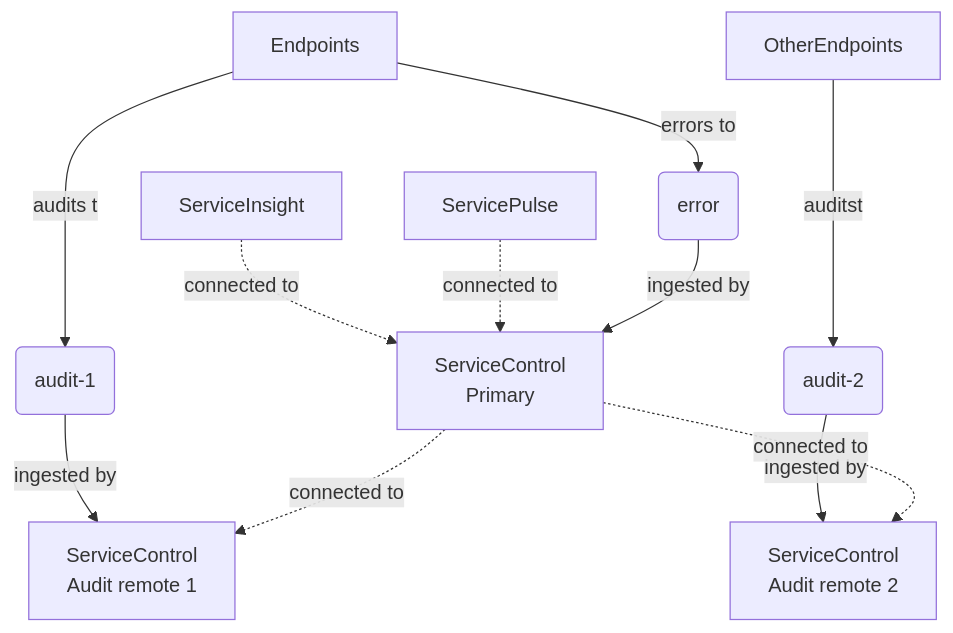
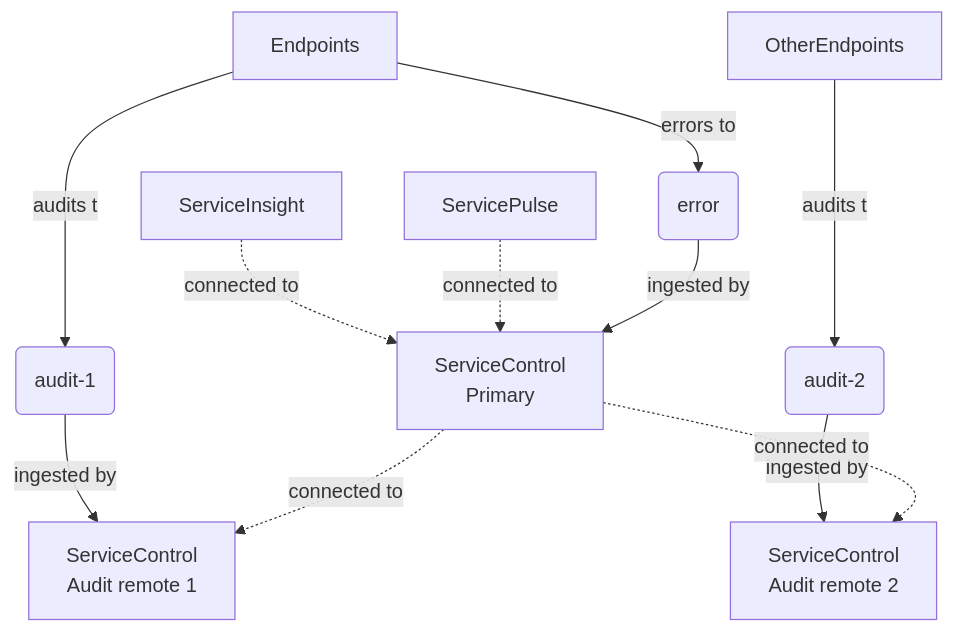
One commit to Particular/docs.particular.net changed the third of 3 diagrams in servicecontrol/servicecontrol-instances/remotes.md. Above: the diagram before and after it, drawn with Mermaid. The commit also changed other lines of this file, not shown here.

````diff
--- a/servicecontrol/servicecontrol-instances/remotes.md
+++ b/servicecontrol/servicecontrol-instances/remotes.md
@@ -62,16 +58,16 @@
 ```mermaid
 graph TD
 SI[ServiceInsight] -. connected to .->Primary
 SP[ServicePulse] -. connected to .-> Primary
 Endpoints -- audits to--> AuditsMain(audit-1)
-OtherEndpoints -- auditsto--> AuditsSecondary(audit-2)
+OtherEndpoints -- audits to--> AuditsSecondary(audit-2)
 Endpoints -- errors to --> Errors(error)
 Primary[ServiceControl<br/>Primary]
 Secondary1[ServiceControl<br/>Audit remote 1]
 Secondary2[ServiceControl<br/>Audit remote 2]
 AuditsMain -- ingested by --> Secondary1
 AuditsSecondary -- ingested by --> Secondary2
 Errors-- ingested by --> Primary
 Primary -. connected to .-> Secondary1
 Primary -. connected to .-> Secondary2
 ```
````
